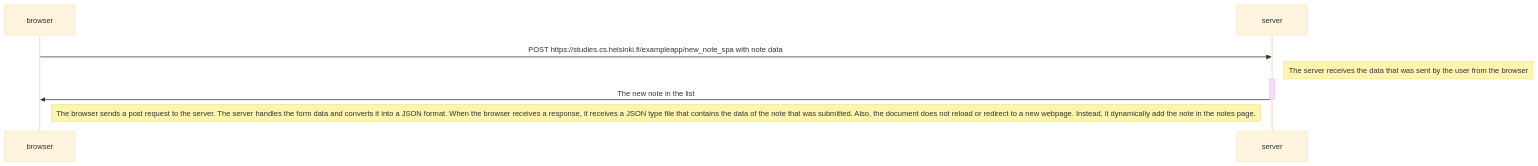
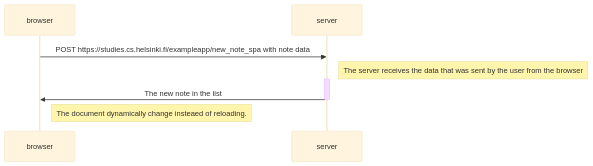
The diagram in part0/0.6_New_note_in_Single_page_app_diagram.md (kaylubr/fullstackopen), drawn with Mermaid (base theme) before and after one commit.

````diff
--- a/part0/0.6_New_note_in_Single_page_app_diagram.md
+++ b/part0/0.6_New_note_in_Single_page_app_diagram.md
@@ -1,13 +1,13 @@
 ```mermaid
 sequenceDiagram 
     participant browser 
     participant server 
 
     browser->>server: POST https://studies.cs.helsinki.fi/exampleapp/new_note_spa with note data
     Note right of server: The server receives the data that was sent by the user from the browser
     activate server 
     server->>browser: The new note in the list 
     deactivate server 
 
-    Note right of browser: The browser sends a post request to the server. The server handles the form data and converts it into a JSON format. When the browser receives a response, it receives a JSON type file that contains the data of the note that was submitted. Also, the document does not reload or redirect to a new webpage. Instead, it dynamically add the note in the notes page.
+    Note right of browser: The document dynamically change insteaed of reloading.
 ```
````
